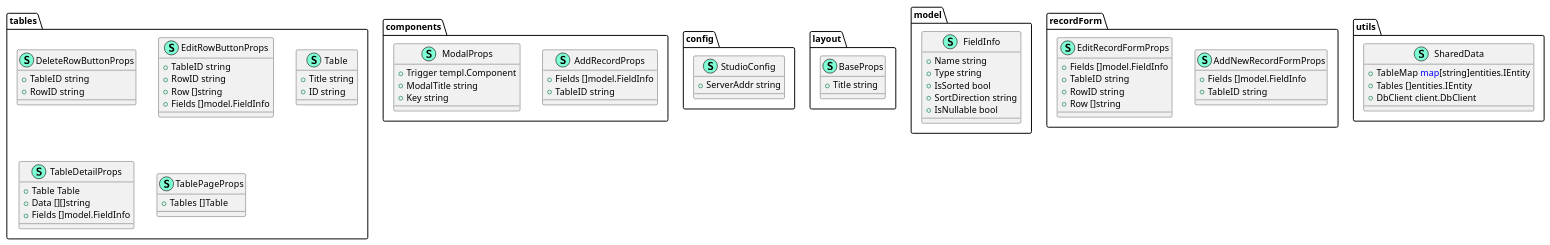
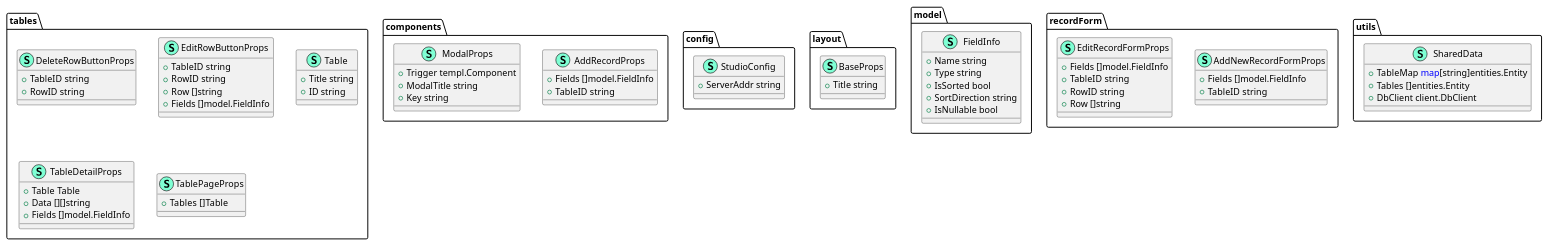
One commit to nonamecat19/go-orm changed the diagram in studio/diagram.puml. Above: the diagram before and after it, drawn with PlantUML. The commit also changed 6 other files, not shown here.

Commit message:
refactor: rename interface IEntity to Entity

```diff
--- a/studio/diagram.puml
+++ b/studio/diagram.puml
@@ -1,102 +1,102 @@
 @startuml
 namespace components {
     class AddRecordProps << (S,Aquamarine) >> {
         + Fields []model.FieldInfo
         + TableID string
 
     }
     class ModalProps << (S,Aquamarine) >> {
         + Trigger templ.Component
         + ModalTitle string
         + Key string
 
     }
 }
 
 
 namespace config {
     class StudioConfig << (S,Aquamarine) >> {
         + ServerAddr string
 
     }
 }
 
 
 namespace layout {
     class BaseProps << (S,Aquamarine) >> {
         + Title string
 
     }
 }
 
 
 namespace model {
     class FieldInfo << (S,Aquamarine) >> {
         + Name string
         + Type string
         + IsSorted bool
         + SortDirection string
         + IsNullable bool
 
     }
 }
 
 
 namespace recordForm {
     class AddNewRecordFormProps << (S,Aquamarine) >> {
         + Fields []model.FieldInfo
         + TableID string
 
     }
     class EditRecordFormProps << (S,Aquamarine) >> {
         + Fields []model.FieldInfo
         + TableID string
         + RowID string
         + Row []string
 
     }
 }
 
 
 namespace tables {
     class DeleteRowButtonProps << (S,Aquamarine) >> {
         + TableID string
         + RowID string
 
     }
     class EditRowButtonProps << (S,Aquamarine) >> {
         + TableID string
         + RowID string
         + Row []string
         + Fields []model.FieldInfo
 
     }
     class Table << (S,Aquamarine) >> {
         + Title string
         + ID string
 
     }
     class TableDetailProps << (S,Aquamarine) >> {
         + Table Table
         + Data [][]string
         + Fields []model.FieldInfo
 
     }
     class TablePageProps << (S,Aquamarine) >> {
         + Tables []Table
 
     }
 }
 
 
 namespace utils {
     class SharedData << (S,Aquamarine) >> {
-        + TableMap <font color=blue>map</font>[string]entities.IEntity
-        + Tables []entities.IEntity
+        + TableMap <font color=blue>map</font>[string]entities.Entity
+        + Tables []entities.Entity
         + DbClient client.DbClient
 
     }
 }
 
 
 @enduml
```
